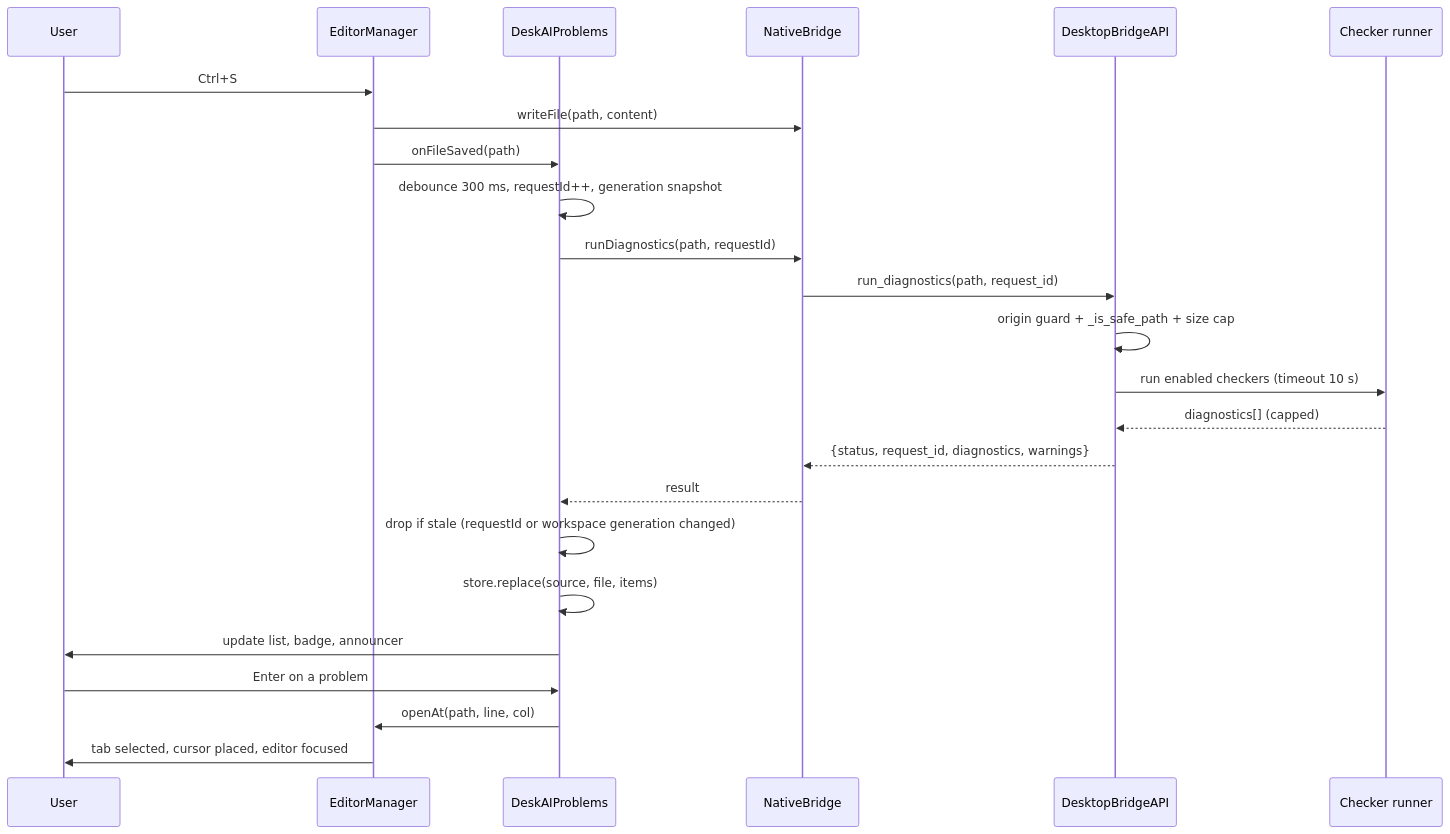
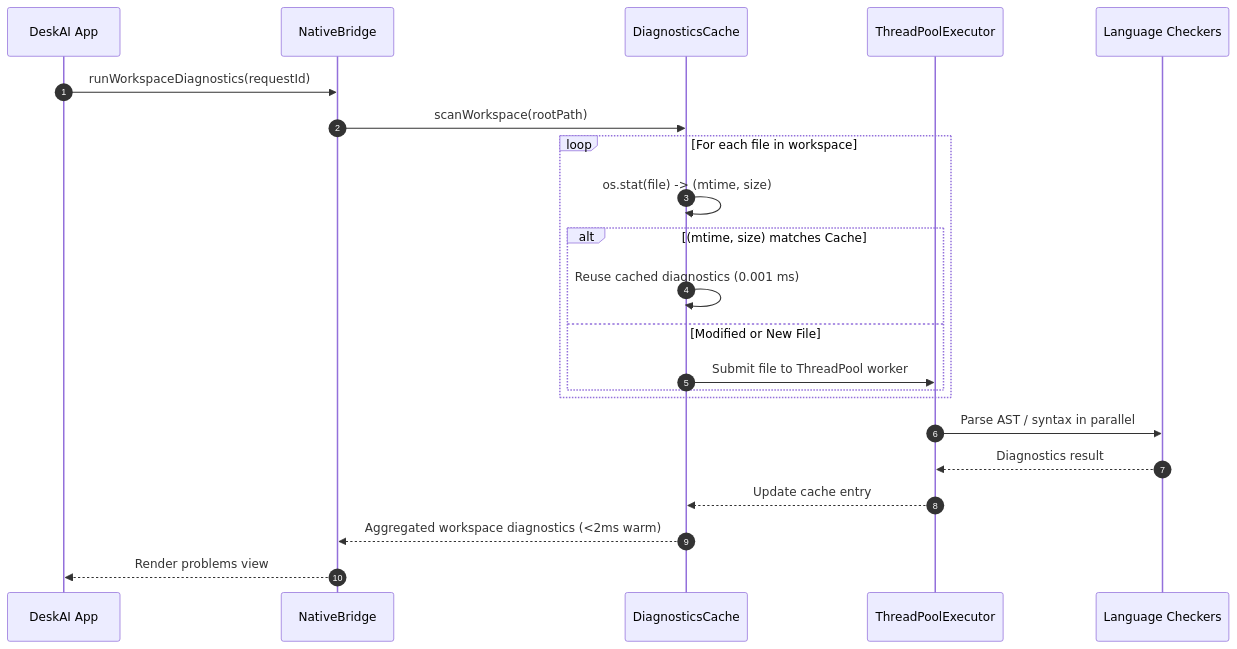
The third of 4 diagrams in docs/layer 1 technologies/UI features components/collapsible-bottom-drawer/problems-panel/HLD/problems_panel.md (daniyalkhan03362595-prog/DeskAI), drawn with Mermaid before and after one commit. The commit also changed other lines of this file and 1 other file, not shown here.

Commit message:
docs: update problems panel HLD and LLD to v3.0 with 6-phase optimization roadmap

````diff
--- a/docs/layer 1 technologies/UI features components/collapsible-bottom-drawer/problems-panel/HLD/problems_panel.md
+++ b/docs/layer 1 technologies/UI features components/collapsible-bottom-drawer/problems-panel/HLD/problems_panel.md
@@ -150,26 +186,27 @@
 ```mermaid
 sequenceDiagram
-    participant U as User
-    participant E as EditorManager
-    participant P as DeskAIProblems
-    participant B as NativeBridge
-    participant API as DesktopBridgeAPI
-    participant R as Checker runner
-    U->>E: Ctrl+S
-    E->>B: writeFile(path, content)
-    E->>P: onFileSaved(path)
-    P->>P: debounce 300 ms, requestId++, generation snapshot
-    P->>B: runDiagnostics(path, requestId)
-    B->>API: run_diagnostics(path, request_id)
-    API->>API: origin guard + _is_safe_path + size cap
-    API->>R: run enabled checkers (timeout 10 s)
-    R-->>API: diagnostics[] (capped)
-    API-->>B: {status, request_id, diagnostics, warnings}
-    B-->>P: result
-    P->>P: drop if stale (requestId or workspace generation changed)
-    P->>P: store.replace(source, file, items)
-    P->>U: update list, badge, announcer
-    U->>P: Enter on a problem
-    P->>E: openAt(path, line, col)
-    E->>U: tab selected, cursor placed, editor focused
+    autonumber
+    participant App as DeskAI App
+    participant Bridge as NativeBridge
+    participant Cache as DiagnosticsCache
+    participant Pool as ThreadPoolExecutor
+    participant Checkers as Language Checkers
+
+    App->>Bridge: runWorkspaceDiagnostics(requestId)
+    Bridge->>Cache: scanWorkspace(rootPath)
+    
+    loop For each file in workspace
+        Cache->>Cache: os.stat(file) -> (mtime, size)
+        alt (mtime, size) matches Cache
+            Cache->>Cache: Reuse cached diagnostics (0.001 ms)
+        else Modified or New File
+            Cache->>Pool: Submit file to ThreadPool worker
+        end
+    end
+    
+    Pool->>Checkers: Parse AST / syntax in parallel
+    Checkers-->>Pool: Diagnostics result
+    Pool-->>Cache: Update cache entry
+    Cache-->>Bridge: Aggregated workspace diagnostics (<2ms warm)
+    Bridge-->>App: Render problems view
 ```
````
